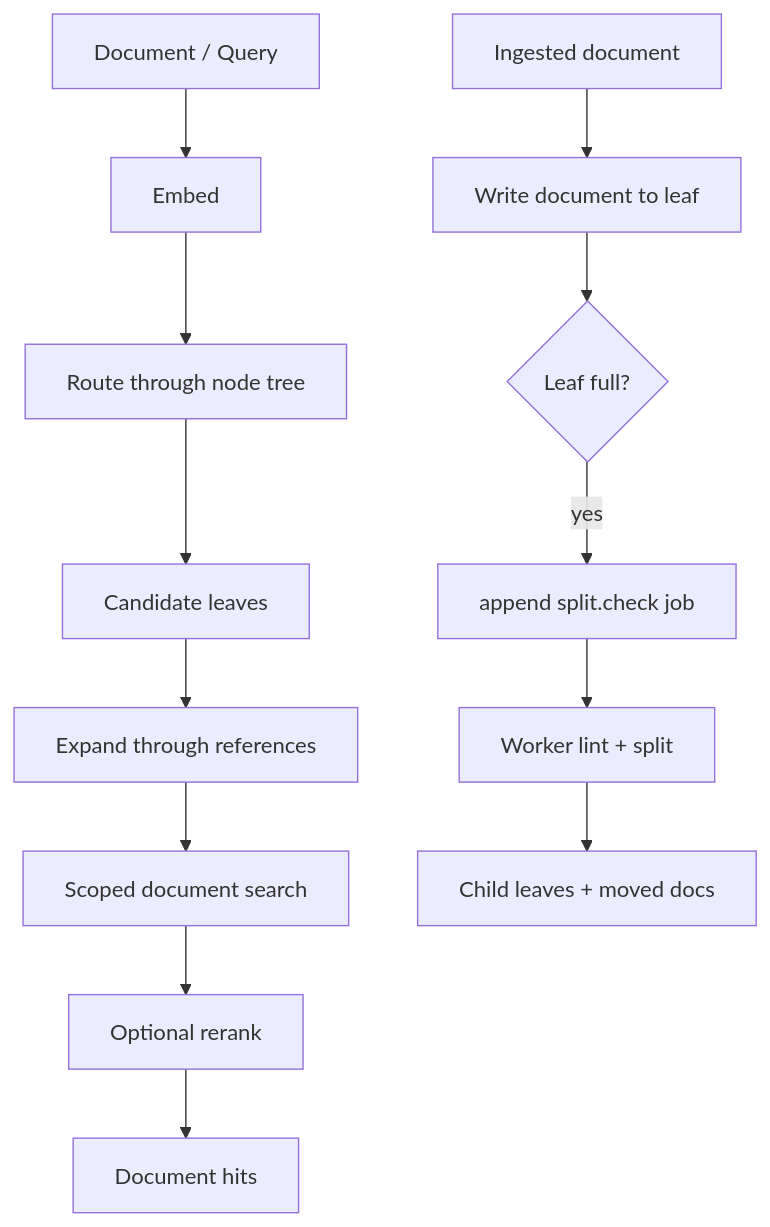
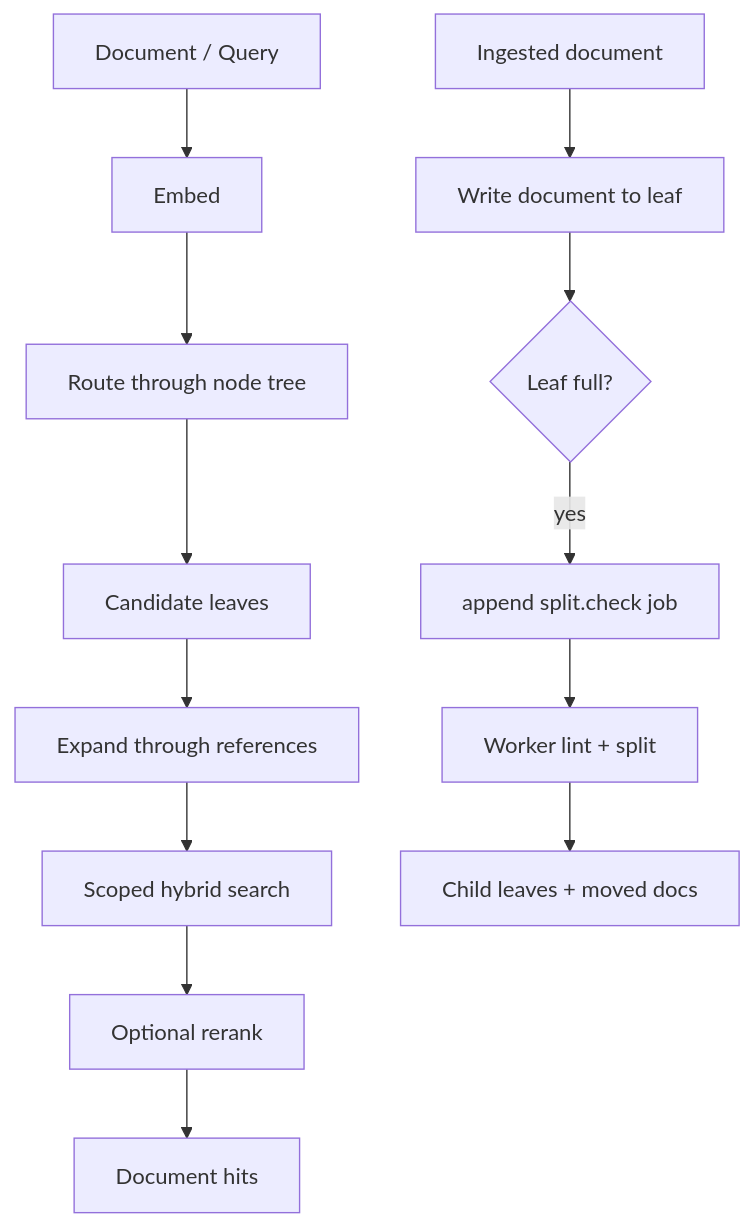
Before and after one commit to ShaggyBommba/Alexandria: the diagram in README.md, drawn with Mermaid. The commit also changed other lines of this file and 17 other files, not shown here.

````diff
--- a/README.md
+++ b/README.md
@@ -28,16 +26,16 @@
 ```mermaid
 flowchart TD
     D["Document / Query"] --> E["Embed"]
     E --> R["Route through node tree"]
     R --> L["Candidate leaves"]
     L --> X["Expand through references"]
-    X --> S["Scoped document search"]
+    X --> S["Scoped hybrid search"]
     S --> K["Optional rerank"]
     K --> O["Document hits"]
 
     I["Ingested document"] --> W["Write document to leaf"]
     W --> F{"Leaf full?"}
     F -- yes --> Q["append split.check job"]
     Q --> P["Worker lint + split"]
     P --> T["Child leaves + moved docs"]
 ```
````
